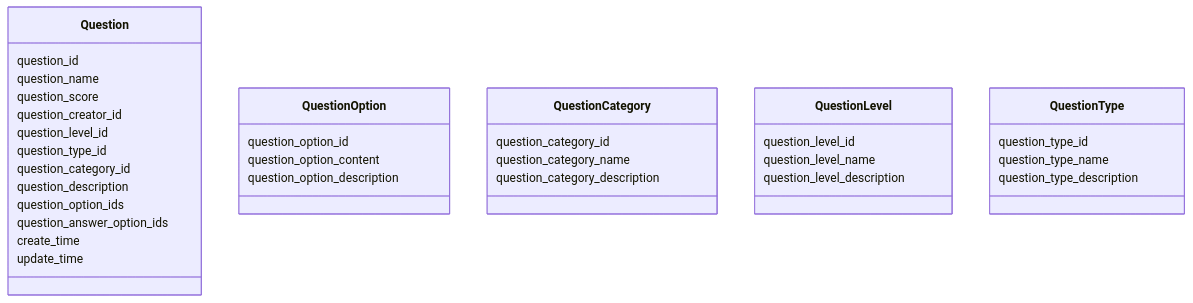
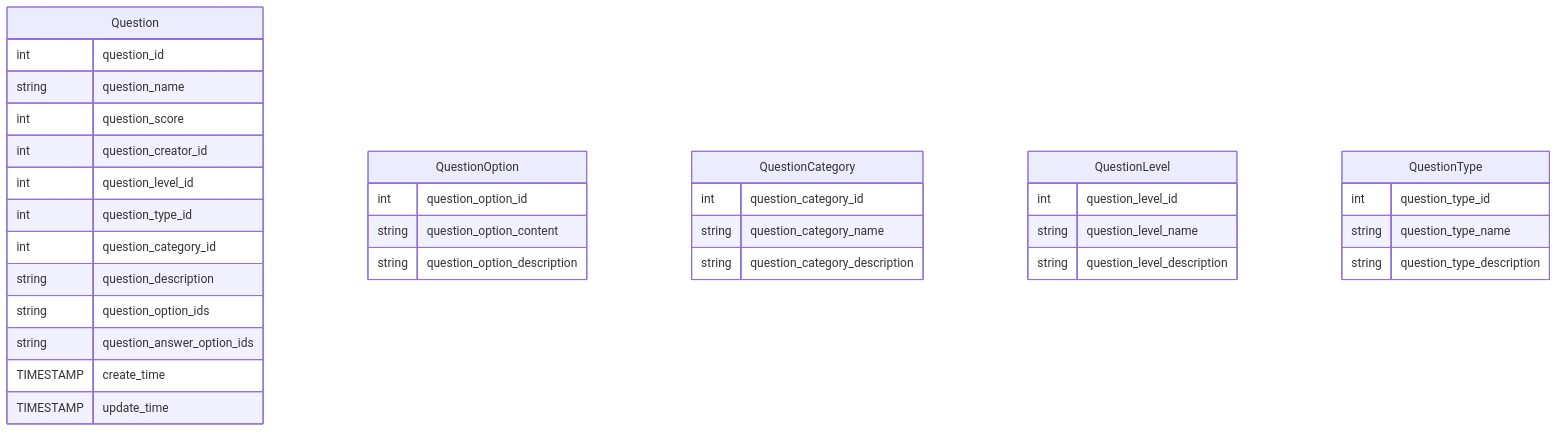
The fifth of 19 diagrams in docs_hby/lab3-task2-group-8.md (HBY-STAR/2024_Spring_CloudNative_Lab), drawn with Mermaid before and after one commit. The commit also changed other lines of this file and 5 other files, not shown here.

````diff
--- a/docs_hby/lab3-task2-group-8.md
+++ b/docs_hby/lab3-task2-group-8.md
@@ -167,37 +172,37 @@
 ```mermaid
-classDiagram
-    class Question {
-        question_id
-        question_name
-        question_score
-        question_creator_id
-        question_level_id
-        question_type_id
-        question_category_id
-        question_description
-        question_option_ids
-        question_answer_option_ids
-        create_time
-        update_time
-  }
-  class QuestionOption {
-    question_option_id
-    question_option_content
-    question_option_description 
+erDiagram
+    Question {
+        int question_id
+        string question_name
+        int question_score
+        int question_creator_id
+        int question_level_id
+        int question_type_id
+        int question_category_id
+        string question_description
+        string question_option_ids
+        string question_answer_option_ids
+        TIMESTAMP create_time
+        TIMESTAMP update_time
     }
-  class QuestionCategory {
-    question_category_id
-    question_category_name
-    question_category_description
-  }
-  class QuestionLevel {
-    question_level_id
-    question_level_name
-    question_level_description
-  }
-  class QuestionType {
-    question_type_id
-    question_type_name
-    question_type_description
-  }
+    QuestionOption {
+        int question_option_id
+        string question_option_content
+        string question_option_description
+    }
+    QuestionCategory {
+        int question_category_id
+        string question_category_name
+        string question_category_description
+    }
+    QuestionLevel {
+        int question_level_id
+        string question_level_name
+        string question_level_description
+    }
+    QuestionType {
+        int question_type_id
+        string question_type_name
+        string question_type_description
+    }
 ```
````
